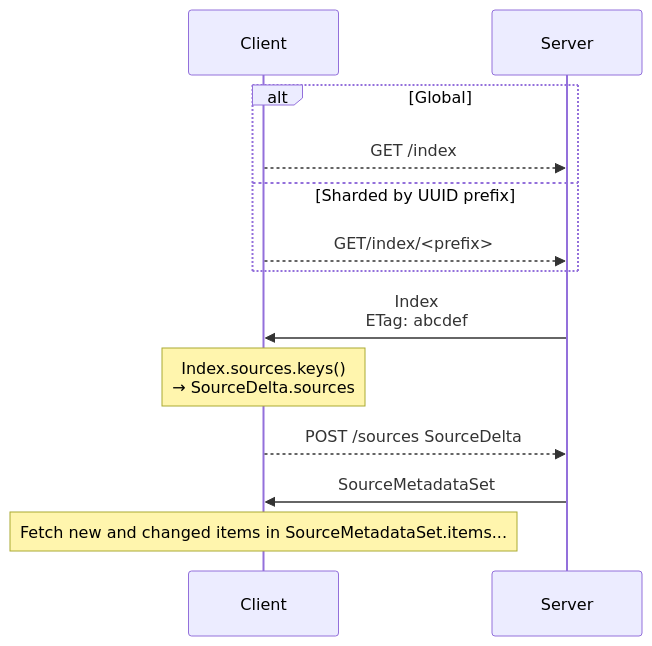
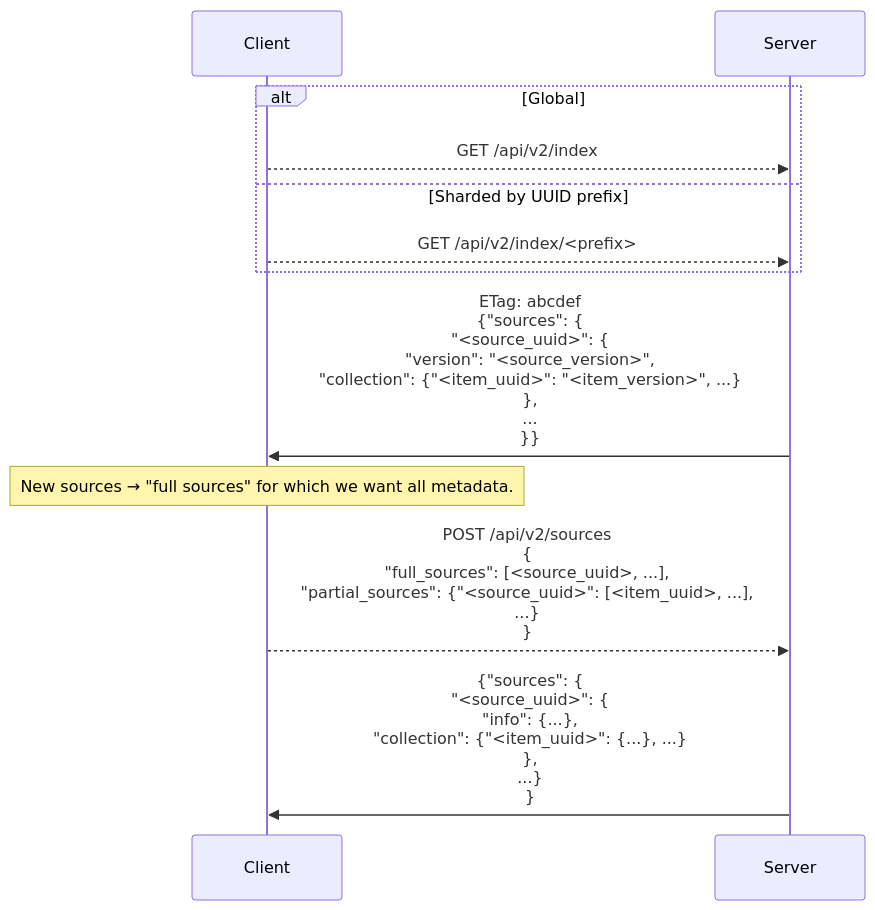
Before and after one commit to ppker/securedrop: the first of 2 diagrams in securedrop/journalist_app/api2/README.md, drawn with Mermaid. The commit also changed other lines of this file and 1 other file, not shown here.

Commit message:
docs: revise readme to reflect implementation; sync sequence diagram and docstrings

````diff
--- a/securedrop/journalist_app/api2/README.md
+++ b/securedrop/journalist_app/api2/README.md
@@ -36,19 +19,16 @@
 ```mermaid
-
 sequenceDiagram
 participant Client
 participant Server
 
 alt Global
-    Client -->> Server: GET /index
+    Client -->> Server: GET /api/v2/index
 else Sharded by UUID prefix
-    Client -->> Server: GET/index/<prefix>
+    Client -->> Server: GET /api/v2/index/<prefix>
 end
-Server ->> Client: Index<br>ETag: abcdef
 
-Note over Client: Index.sources.keys()<br>→ SourceDelta.sources
-Client -->> Server: POST /sources SourceDelta
-Server ->> Client: SourceMetadataSet
-
-Note over Client: Fetch new and changed items in SourceMetadataSet.items...
+Server ->> Client: ETag: abcdef<br>{"sources": {<br>"<source_uuid>": {<br>"version": "<source_version>",<br>"collection": {"<item_uuid>": "<item_version>", ...}<br>},<br>...<br>}}
+Note over Client: New sources → "full sources" for which we want all metadata.
+Client -->> Server: POST /api/v2/sources<br>{<br>"full_sources": [<source_uuid>, ...],<br>"partial_sources": {"<source_uuid>": [<item_uuid>, ...],<br>...}<br>}
+Server ->> Client: {"sources": {<br>"<source_uuid>": {<br>"info": {...},<br>"collection": {"<item_uuid>": {...}, ...}<br>},<br>...}<br>}
 ```
````
